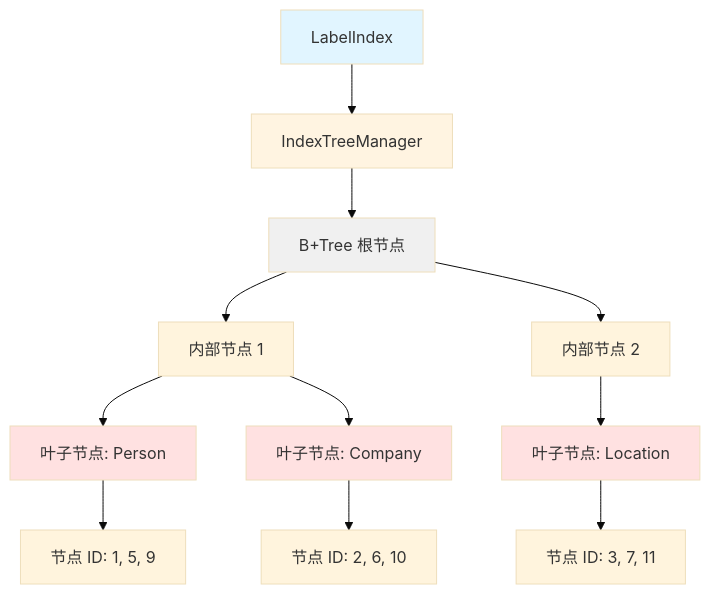
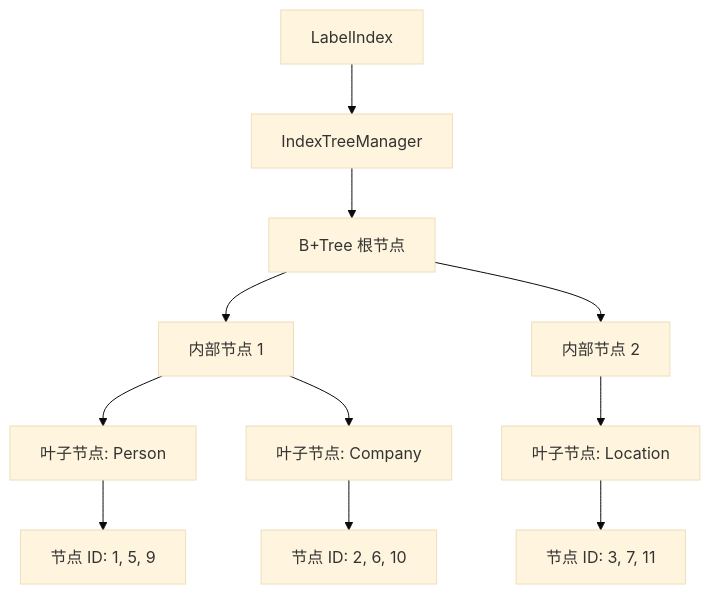
Before and after one commit to nexepic/zyx: the first of 2 diagrams in docs/zh/algorithms/label-index.md, drawn with Mermaid (base theme). The commit also changed 13 other files, not shown here.

First line of the commit message:
fix: remove ASCII art and colorful diagrams from algorithm docs

````diff
--- a/docs/zh/algorithms/label-index.md
+++ b/docs/zh/algorithms/label-index.md
@@ -20,20 +20,13 @@
 ```mermaid
 graph TD
     A[LabelIndex] --> B[IndexTreeManager]
     B --> C[B+Tree 根节点]
     C --> D[内部节点 1]
     C --> E[内部节点 2]
     D --> F[叶子节点: Person]
     D --> G[叶子节点: Company]
     E --> H[叶子节点: Location]
     F --> I[节点 ID: 1, 5, 9]
     G --> J[节点 ID: 2, 6, 10]
     H --> K[节点 ID: 3, 7, 11]
-
-    style A fill:#e1f5ff
-    style B fill:#fff4e1
-    style C fill:#f0f0f0
-    style F fill:#ffe1e1
-    style G fill:#ffe1e1
-    style H fill:#ffe1e1
 ```
````
